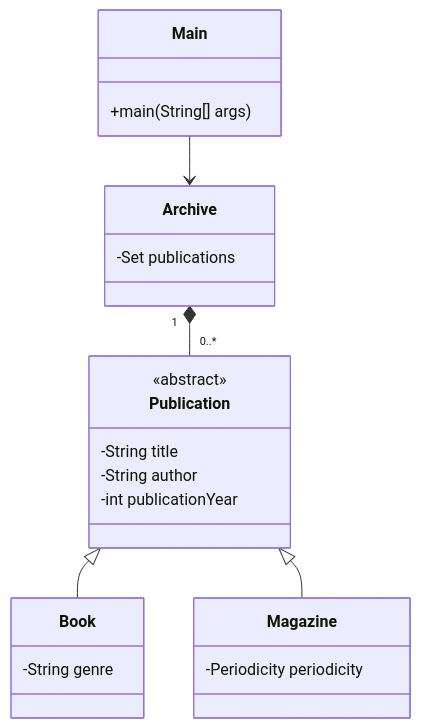
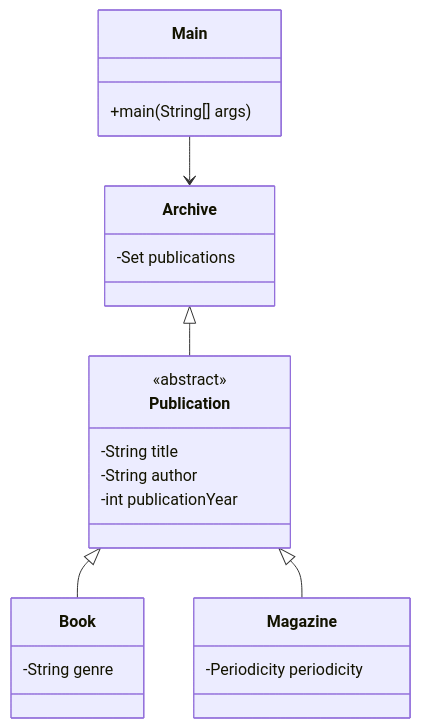
The diagram in U4-W2-D5/readme.md (Freskies/Epicode-Full-Stack-Course), drawn with Mermaid before and after one commit. The commit also changed other lines of this file, not shown here.

````diff
--- a/U4-W2-D5/readme.md
+++ b/U4-W2-D5/readme.md
@@ -3,30 +5,30 @@
 ```mermaid
 classDiagram
     class Publication {
         <<abstract>>
         -String title
         -String author
         -int publicationYear
     }
 
     class Book {
         -String genre
     }
 
     class Magazine {
         -Periodicity periodicity
     }
 
     class Archive {
         -Set<Publication> publications
     }
 
     class Main {
         +main(String[] args)
     }
 
     Publication <|-- Book
     Publication <|-- Magazine
-    Archive "1" *-- "0..*" Publication
+    Archive <|-- Publication
     Main --> Archive
 ```
````
